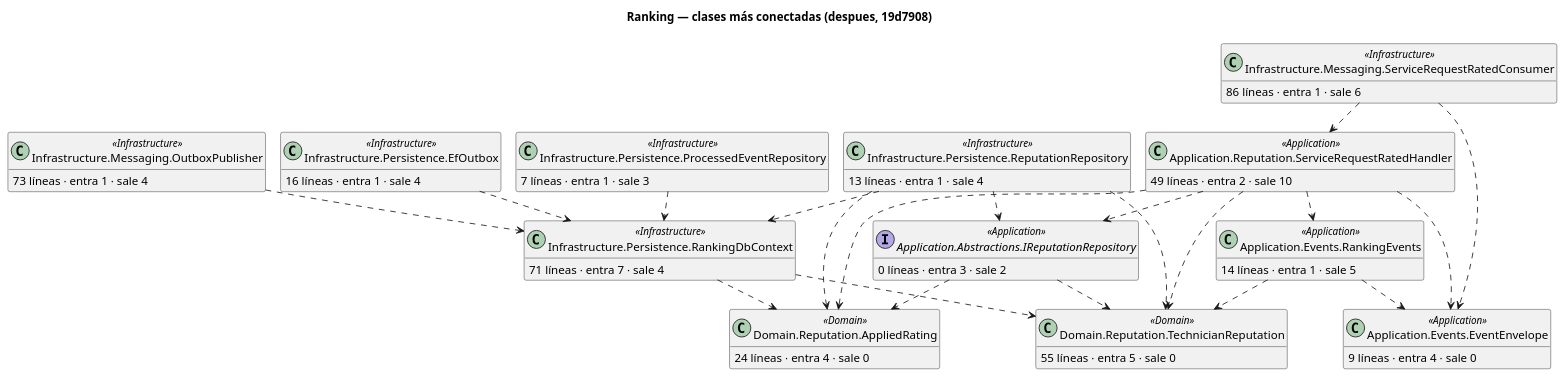
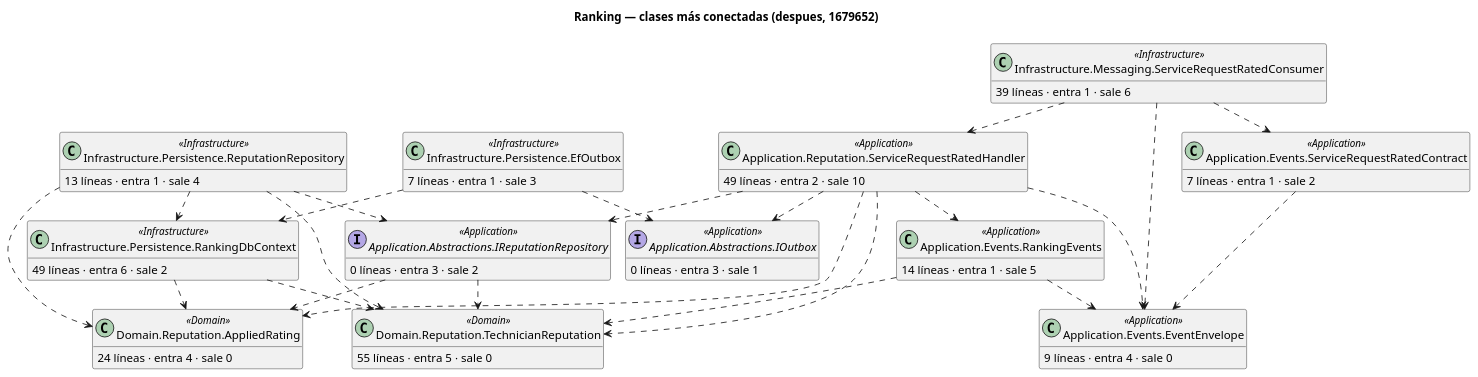
Before and after one commit to ARQUI-202630/quickpatch: the diagram in docs/architecture/codigo/despues/ranking/clases-centrales.puml, drawn with PlantUML. The commit also changed 36 other files, not shown here.

```diff
--- a/docs/architecture/codigo/despues/ranking/clases-centrales.puml
+++ b/docs/architecture/codigo/despues/ranking/clases-centrales.puml
@@ -1,62 +1,64 @@
 @startuml
 !pragma layout smetana
-title Ranking — clases más conectadas (despues, 19d7908)
+title Ranking — clases más conectadas (despues, 1679652)
 hide empty members
 skinparam shadowing false
 class "Application.Reputation.ServiceRequestRatedHandler" as QuickPatch_Ranking_Application_Reputation_ServiceRequestRatedHandler <<Application>> {
   49 líneas · entra 2 · sale 10
 }
 class "Infrastructure.Persistence.RankingDbContext" as QuickPatch_Ranking_Infrastructure_Persistence_RankingDbContext <<Infrastructure>> {
-  71 líneas · entra 7 · sale 4
+  49 líneas · entra 6 · sale 2
 }
 class "Infrastructure.Messaging.ServiceRequestRatedConsumer" as QuickPatch_Ranking_Infrastructure_Messaging_ServiceRequestRatedConsumer <<Infrastructure>> {
-  86 líneas · entra 1 · sale 6
+  39 líneas · entra 1 · sale 6
 }
 class "Application.Events.RankingEvents" as QuickPatch_Ranking_Application_Events_RankingEvents <<Application>> {
   14 líneas · entra 1 · sale 5
-}
-class "Infrastructure.Messaging.OutboxPublisher" as QuickPatch_Ranking_Infrastructure_Messaging_OutboxPublisher <<Infrastructure>> {
-  73 líneas · entra 1 · sale 4
-}
-class "Infrastructure.Persistence.EfOutbox" as QuickPatch_Ranking_Infrastructure_Persistence_EfOutbox <<Infrastructure>> {
-  16 líneas · entra 1 · sale 4
 }
 class "Infrastructure.Persistence.ReputationRepository" as QuickPatch_Ranking_Infrastructure_Persistence_ReputationRepository <<Infrastructure>> {
   13 líneas · entra 1 · sale 4
 }
 interface "Application.Abstractions.IReputationRepository" as QuickPatch_Ranking_Application_Abstractions_IReputationRepository <<Application>> {
   0 líneas · entra 3 · sale 2
 }
 class "Domain.Reputation.TechnicianReputation" as QuickPatch_Ranking_Domain_Reputation_TechnicianReputation <<Domain>> {
   55 líneas · entra 5 · sale 0
 }
-class "Infrastructure.Persistence.ProcessedEventRepository" as QuickPatch_Ranking_Infrastructure_Persistence_ProcessedEventRepository <<Infrastructure>> {
+class "Infrastructure.Persistence.EfOutbox" as QuickPatch_Ranking_Infrastructure_Persistence_EfOutbox <<Infrastructure>> {
   7 líneas · entra 1 · sale 3
 }
 class "Application.Events.EventEnvelope" as QuickPatch_Ranking_Application_Events_EventEnvelope <<Application>> {
   9 líneas · entra 4 · sale 0
 }
 class "Domain.Reputation.AppliedRating" as QuickPatch_Ranking_Domain_Reputation_AppliedRating <<Domain>> {
   24 líneas · entra 4 · sale 0
 }
+interface "Application.Abstractions.IOutbox" as QuickPatch_Ranking_Application_Abstractions_IOutbox <<Application>> {
+  0 líneas · entra 3 · sale 1
+}
+class "Application.Events.ServiceRequestRatedContract" as QuickPatch_Ranking_Application_Events_ServiceRequestRatedContract <<Application>> {
+  7 líneas · entra 1 · sale 2
+}
 QuickPatch_Ranking_Application_Abstractions_IReputationRepository ..> QuickPatch_Ranking_Domain_Reputation_AppliedRating
 QuickPatch_Ranking_Application_Abstractions_IReputationRepository ..> QuickPatch_Ranking_Domain_Reputation_TechnicianReputation
 QuickPatch_Ranking_Application_Events_RankingEvents ..> QuickPatch_Ranking_Application_Events_EventEnvelope
 QuickPatch_Ranking_Application_Events_RankingEvents ..> QuickPatch_Ranking_Domain_Reputation_TechnicianReputation
+QuickPatch_Ranking_Application_Events_ServiceRequestRatedContract ..> QuickPatch_Ranking_Application_Events_EventEnvelope
+QuickPatch_Ranking_Application_Reputation_ServiceRequestRatedHandler ..> QuickPatch_Ranking_Application_Abstractions_IOutbox
 QuickPatch_Ranking_Application_Reputation_ServiceRequestRatedHandler ..> QuickPatch_Ranking_Application_Abstractions_IReputationRepository
 QuickPatch_Ranking_Application_Reputation_ServiceRequestRatedHandler ..> QuickPatch_Ranking_Application_Events_EventEnvelope
 QuickPatch_Ranking_Application_Reputation_ServiceRequestRatedHandler ..> QuickPatch_Ranking_Application_Events_RankingEvents
 QuickPatch_Ranking_Application_Reputation_ServiceRequestRatedHandler ..> QuickPatch_Ranking_Domain_Reputation_AppliedRating
 QuickPatch_Ranking_Application_Reputation_ServiceRequestRatedHandler ..> QuickPatch_Ranking_Domain_Reputation_TechnicianReputation
-QuickPatch_Ranking_Infrastructure_Messaging_OutboxPublisher ..> QuickPatch_Ranking_Infrastructure_Persistence_RankingDbContext
 QuickPatch_Ranking_Infrastructure_Messaging_ServiceRequestRatedConsumer ..> QuickPatch_Ranking_Application_Events_EventEnvelope
+QuickPatch_Ranking_Infrastructure_Messaging_ServiceRequestRatedConsumer ..> QuickPatch_Ranking_Application_Events_ServiceRequestRatedContract
 QuickPatch_Ranking_Infrastructure_Messaging_ServiceRequestRatedConsumer ..> QuickPatch_Ranking_Application_Reputation_ServiceRequestRatedHandler
+QuickPatch_Ranking_Infrastructure_Persistence_EfOutbox ..> QuickPatch_Ranking_Application_Abstractions_IOutbox
 QuickPatch_Ranking_Infrastructure_Persistence_EfOutbox ..> QuickPatch_Ranking_Infrastructure_Persistence_RankingDbContext
-QuickPatch_Ranking_Infrastructure_Persistence_ProcessedEventRepository ..> QuickPatch_Ranking_Infrastructure_Persistence_RankingDbContext
 QuickPatch_Ranking_Infrastructure_Persistence_RankingDbContext ..> QuickPatch_Ranking_Domain_Reputation_AppliedRating
 QuickPatch_Ranking_Infrastructure_Persistence_RankingDbContext ..> QuickPatch_Ranking_Domain_Reputation_TechnicianReputation
 QuickPatch_Ranking_Infrastructure_Persistence_ReputationRepository ..> QuickPatch_Ranking_Application_Abstractions_IReputationRepository
 QuickPatch_Ranking_Infrastructure_Persistence_ReputationRepository ..> QuickPatch_Ranking_Domain_Reputation_AppliedRating
 QuickPatch_Ranking_Infrastructure_Persistence_ReputationRepository ..> QuickPatch_Ranking_Domain_Reputation_TechnicianReputation
 QuickPatch_Ranking_Infrastructure_Persistence_ReputationRepository ..> QuickPatch_Ranking_Infrastructure_Persistence_RankingDbContext
 @enduml
```
